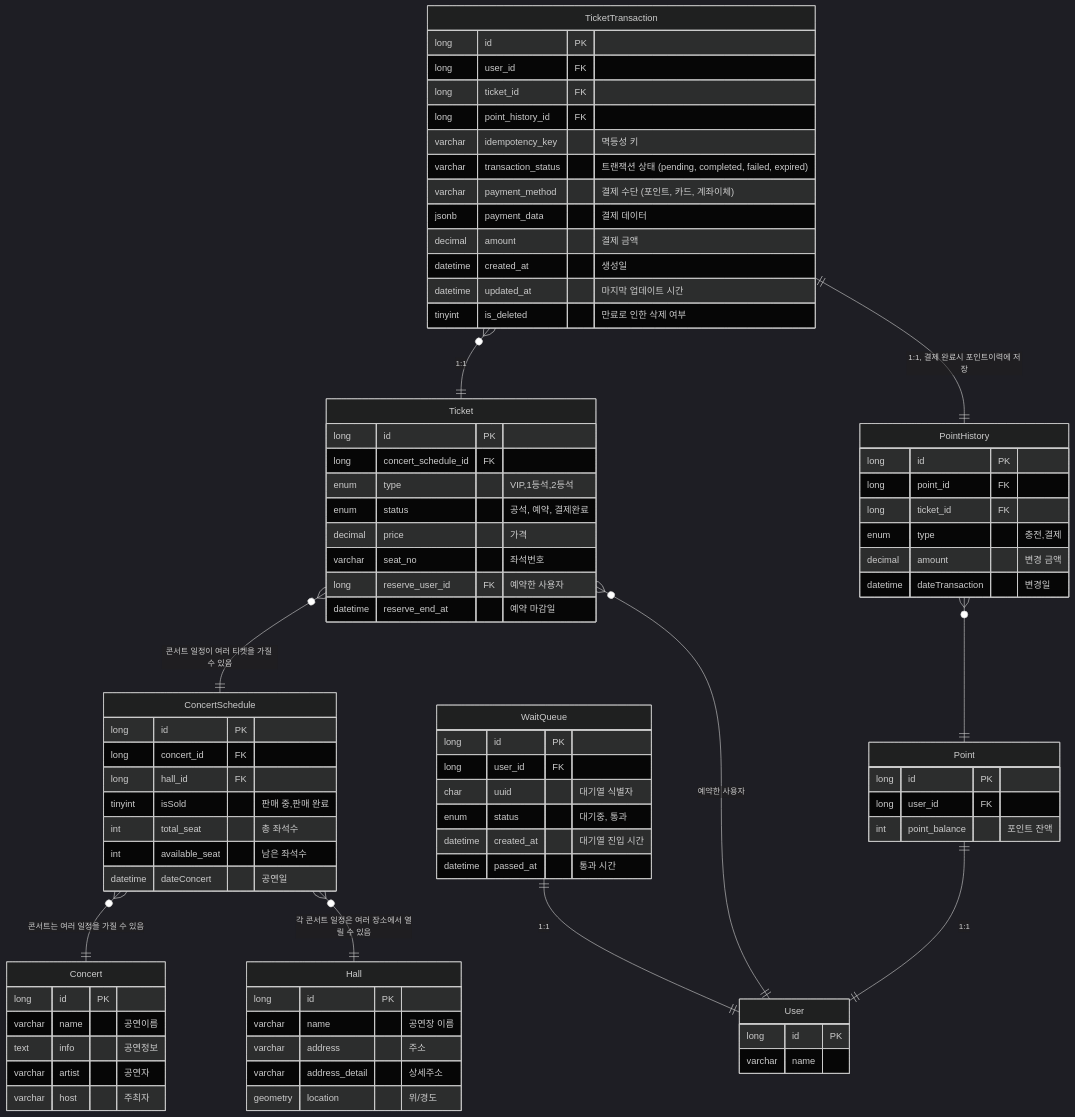
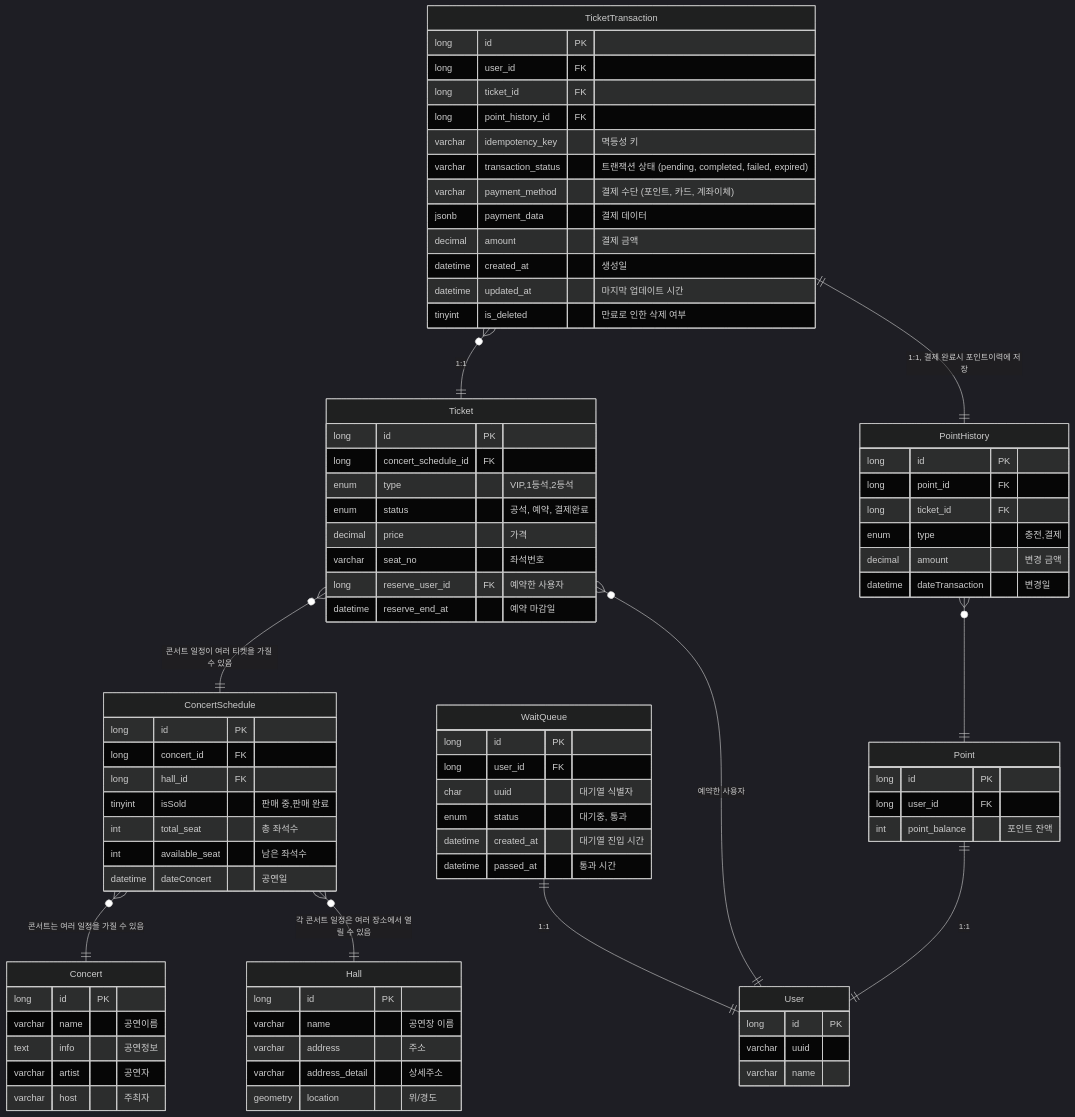
Before and after one commit to chawchaw/concert: the diagram in doc/erd.md, drawn with Mermaid (dark theme). The commit also changed 8 other files, not shown here.

```diff
--- a/doc/erd.md
+++ b/doc/erd.md
@@ -24,6 +24,7 @@
 erDiagram
     User {
         long id PK
+        varchar uuid
         varchar name
     }
     
```
